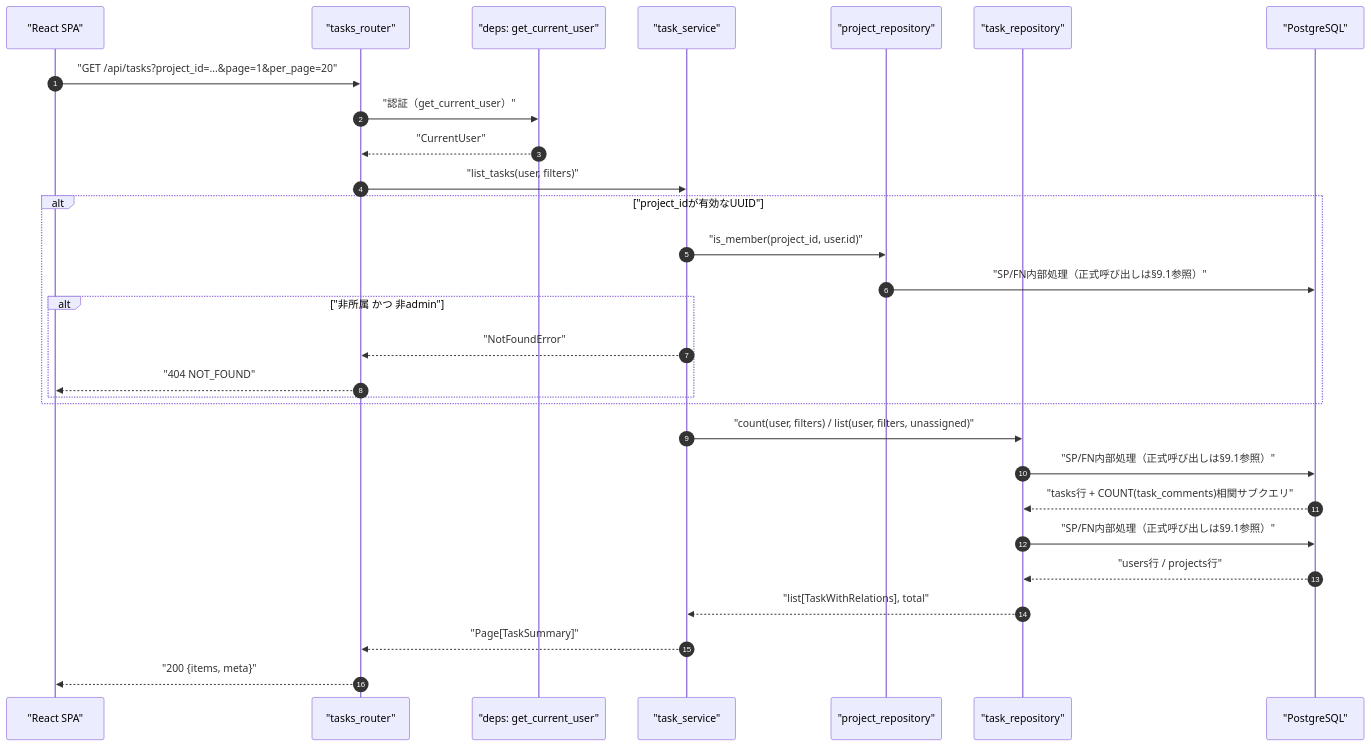
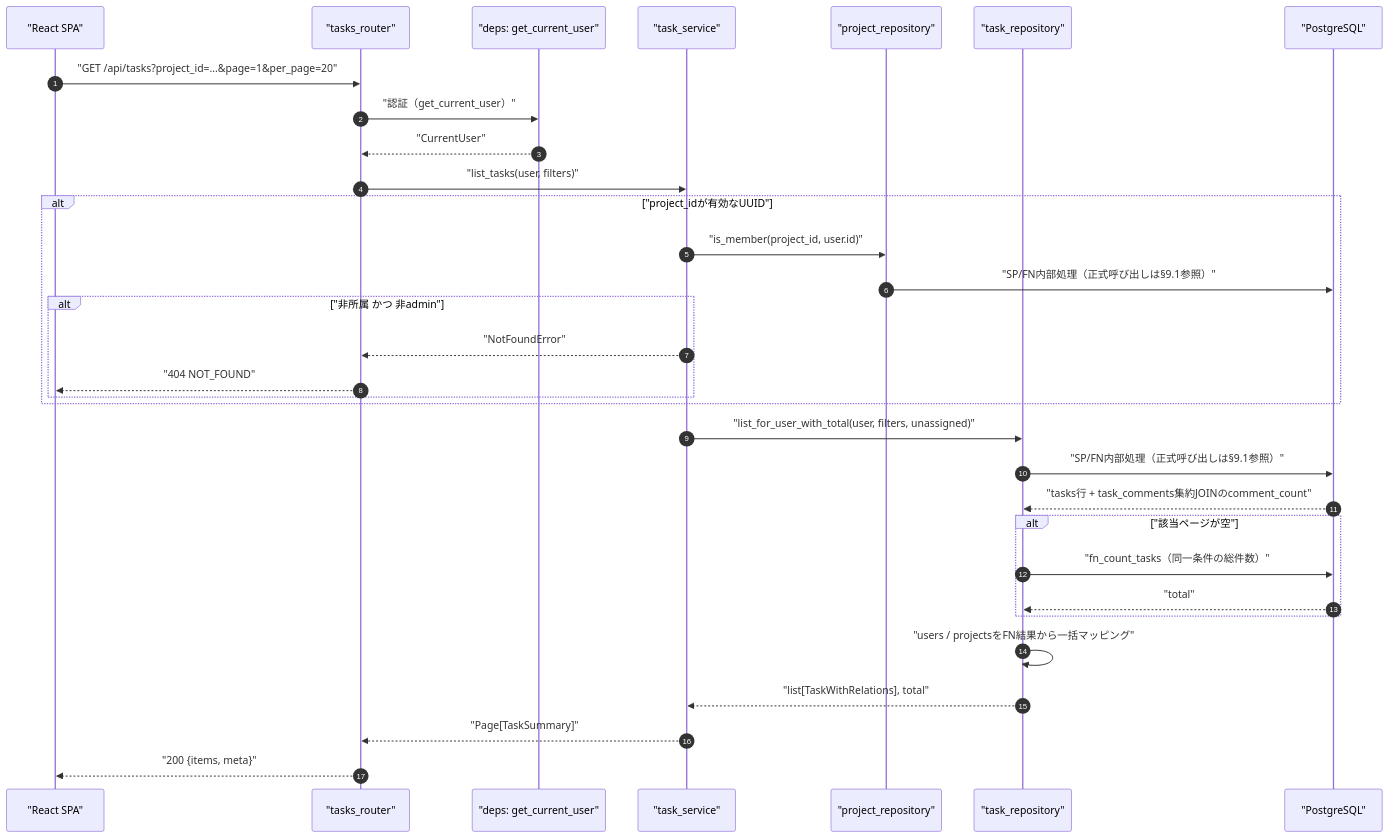
Before and after one commit to oikawa-d/task_management: the first of 4 diagrams in docs/detailed_design/api/tasks/10_get_tasks.md, drawn with Mermaid. The commit also changed other lines of this file and 75 other files, not shown here.

````diff
--- a/docs/detailed_design/api/tasks/10_get_tasks.md
+++ b/docs/detailed_design/api/tasks/10_get_tasks.md
@@ -123,32 +123,35 @@
 ```mermaid
 sequenceDiagram
     autonumber
     participant FE as "React SPA"
     participant R as "tasks_router"
     participant D as "deps: get_current_user"
     participant S as "task_service"
     participant PR as "project_repository"
     participant TR as "task_repository"
     participant PG as "PostgreSQL"
 
     FE->>R: "GET /api/tasks?project_id=...&page=1&per_page=20"
     R->>D: "認証（get_current_user）"
     D-->>R: "CurrentUser"
     R->>S: "list_tasks(user, filters)"
     alt "project_idが有効なUUID"
         S->>PR: "is_member(project_id, user.id)"
         PR->>PG: "SP/FN内部処理（正式呼び出しは§9.1参照）"
         alt "非所属 かつ 非admin"
             S-->>R: "NotFoundError"
             R-->>FE: "404 NOT_FOUND"
         end
     end
-    S->>TR: "count(user, filters) / list(user, filters, unassigned)"
+    S->>TR: "list_for_user_with_total(user, filters, unassigned)"
     TR->>PG: "SP/FN内部処理（正式呼び出しは§9.1参照）"
-    PG-->>TR: "tasks行 + COUNT(task_comments)相関サブクエリ"
-    TR->>PG: "SP/FN内部処理（正式呼び出しは§9.1参照）"
-    PG-->>TR: "users行 / projects行"
+    PG-->>TR: "tasks行 + task_comments集約JOINのcomment_count"
+    alt "該当ページが空"
+        TR->>PG: "fn_count_tasks（同一条件の総件数）"
+        PG-->>TR: "total"
+    end
+    TR->>TR: "users / projectsをFN結果から一括マッピング"
     TR-->>S: "list[TaskWithRelations], total"
     S-->>R: "Page[TaskSummary]"
     R-->>FE: "200 {items, meta}"
 ```
````
